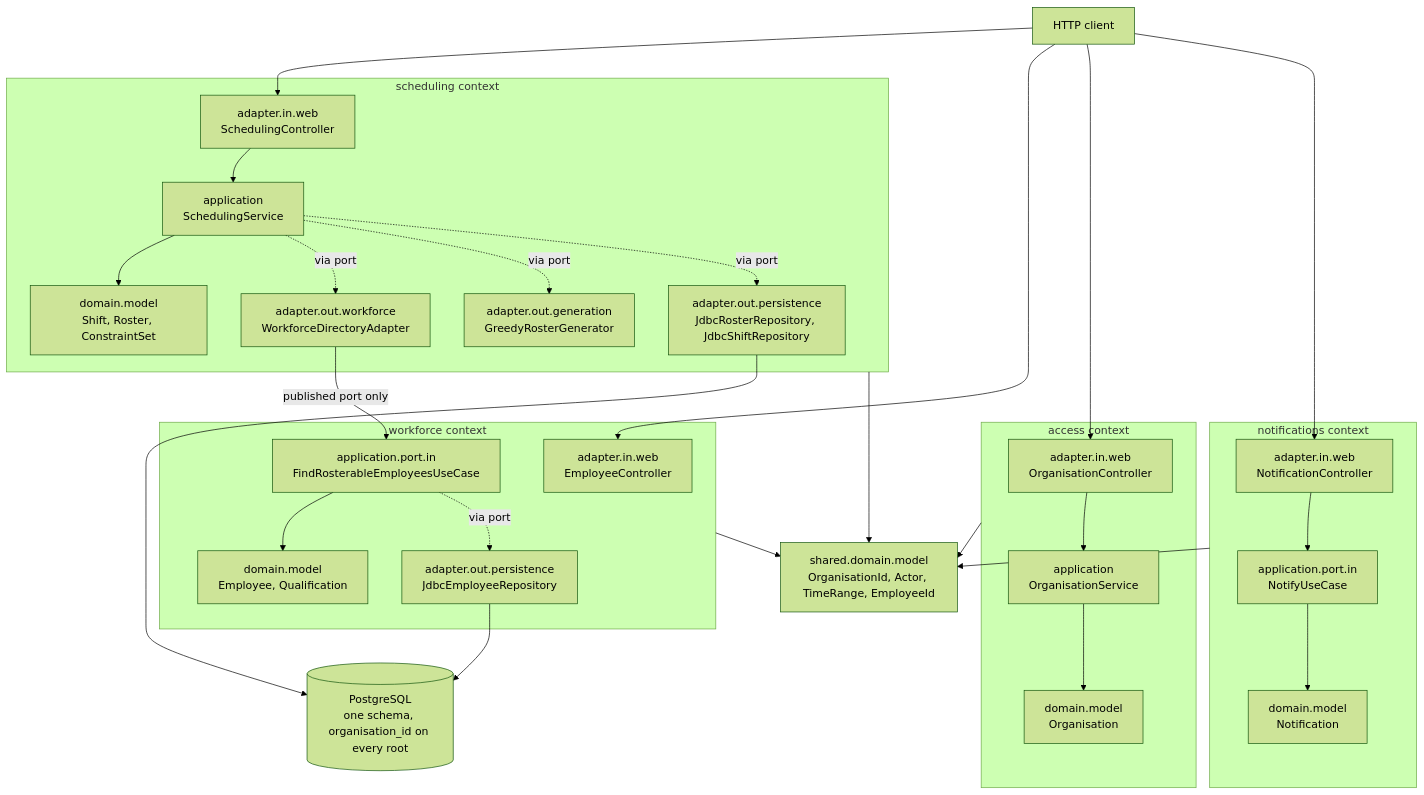
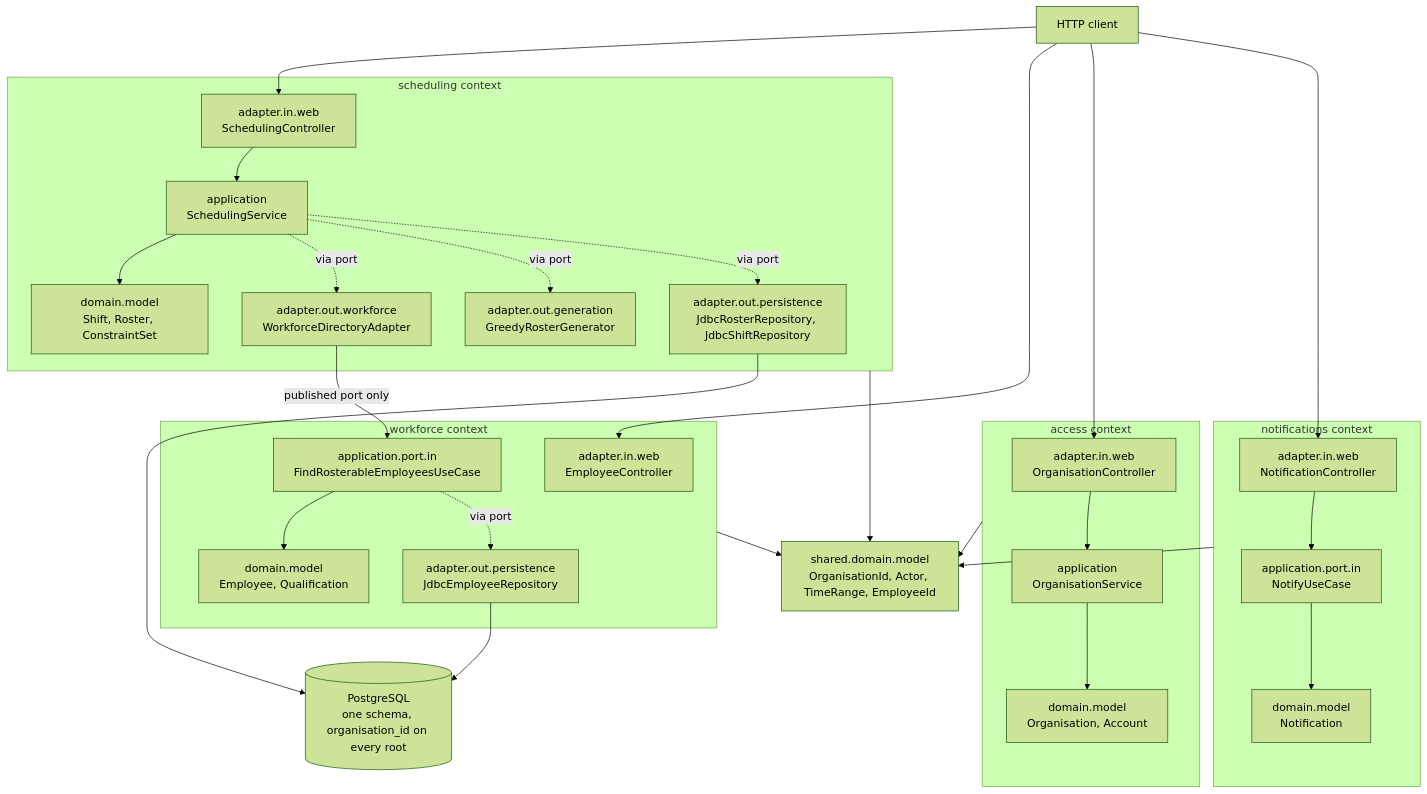
The first of 2 diagrams in docs/architecture/architecture.md (NaimElijah/HrSched), drawn with Mermaid (forest theme) before and after one commit. The commit also changed other lines of this file and 7 other files, not shown here.

````diff
--- a/docs/architecture/architecture.md
+++ b/docs/architecture/architecture.md
@@ -33,58 +33,58 @@
 ```mermaid
 flowchart TB
     client[HTTP client]
 
     subgraph scheduling [scheduling context]
         schedWeb["adapter.in.web<br/>SchedulingController"]
         schedApp["application<br/>SchedulingService"]
         schedDom["domain.model<br/>Shift, Roster, ConstraintSet"]
         acl["adapter.out.workforce<br/>WorkforceDirectoryAdapter"]
         gen["adapter.out.generation<br/>GreedyRosterGenerator"]
         schedStore["adapter.out.persistence<br/>JdbcRosterRepository, JdbcShiftRepository"]
     end
 
     subgraph workforce [workforce context]
         wfWeb["adapter.in.web<br/>EmployeeController"]
         wfPub["application.port.in<br/>FindRosterableEmployeesUseCase"]
         wfDom["domain.model<br/>Employee, Qualification"]
         wfStore["adapter.out.persistence<br/>JdbcEmployeeRepository"]
     end
 
     subgraph notifications [notifications context]
         ntfWeb["adapter.in.web<br/>NotificationController"]
         ntfPub["application.port.in<br/>NotifyUseCase"]
         ntfDom["domain.model<br/>Notification"]
     end
 
     subgraph access [access context]
         accWeb["adapter.in.web<br/>OrganisationController"]
         accApp["application<br/>OrganisationService"]
-        accDom["domain.model<br/>Organisation"]
+        accDom["domain.model<br/>Organisation, Account"]
     end
 
     kernel["shared.domain.model<br/>OrganisationId, Actor, TimeRange, EmployeeId"]
     db[("PostgreSQL<br/>one schema, organisation_id on every root")]
 
     client --> schedWeb
     client --> wfWeb
     client --> accWeb
     client --> ntfWeb
     ntfWeb --> ntfPub
     ntfPub --> ntfDom
     notifications --> kernel
     accWeb --> accApp
     accApp --> accDom
     schedWeb --> schedApp
     schedApp --> schedDom
     schedApp -.via port.-> acl
     schedApp -.via port.-> gen
     acl -->|published port only| wfPub
     wfPub --> wfDom
     scheduling --> kernel
     workforce --> kernel
     access --> kernel
     schedApp -.via port.-> schedStore
     wfPub -.via port.-> wfStore
     schedStore --> db
     wfStore --> db
 ```
````
